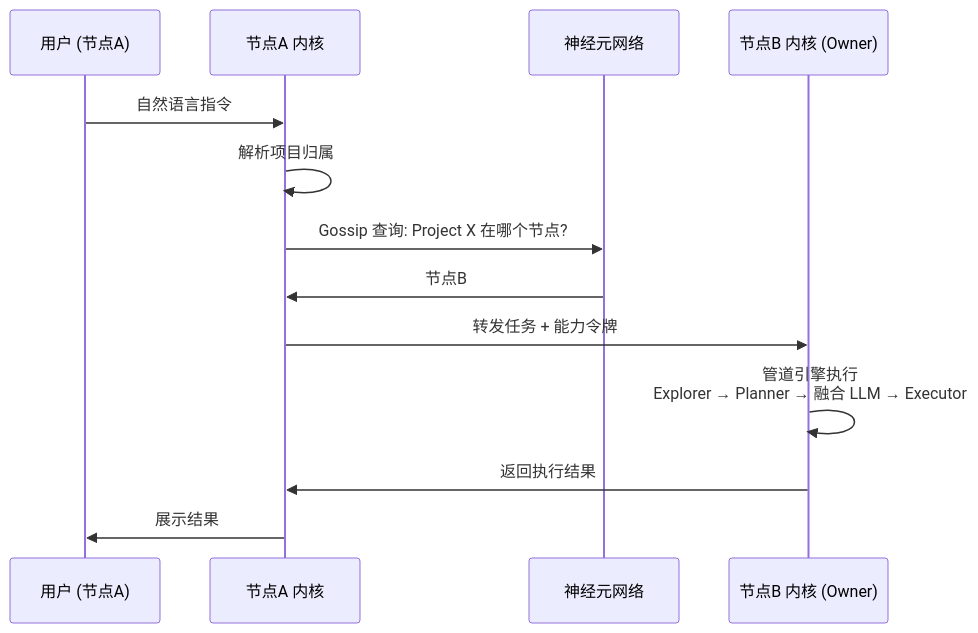
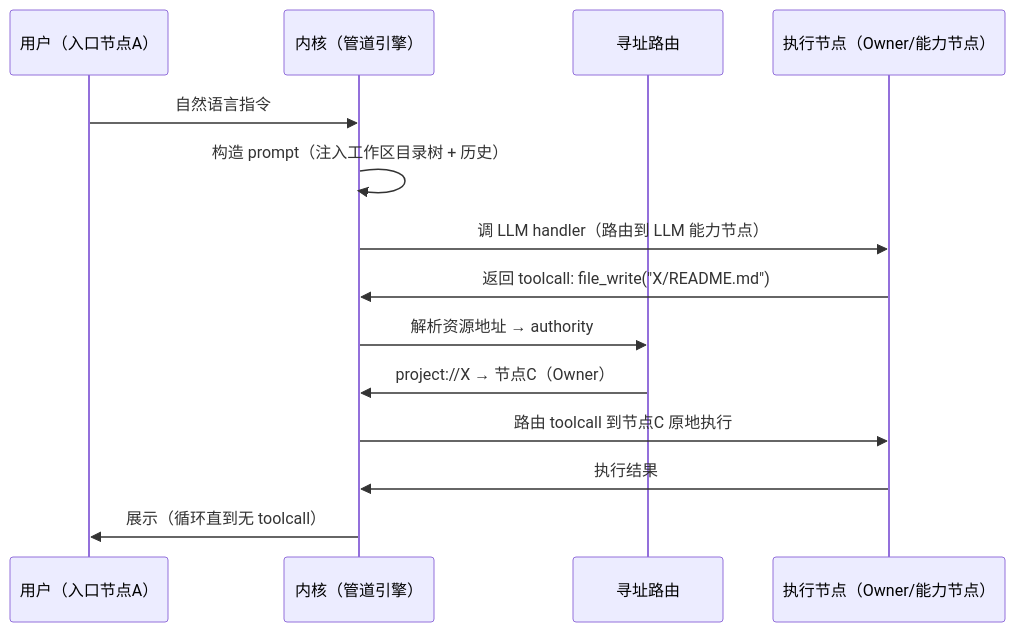
Before and after one commit to ChenXu233/neuralswarm-code: the second of 2 diagrams in docs/白皮书.md, drawn with Mermaid. The commit also changed other lines of this file and 4 other files, not shown here.

First line of the commit message:
📝 docs: rewrite architecture docs to v2.0 decentralized design

````diff
--- a/docs/白皮书.md
+++ b/docs/白皮书.md
@@ -139,16 +105,16 @@
 ```mermaid
 sequenceDiagram
-    participant U as 用户 (节点A)
-    participant KA as 节点A 内核
-    participant Net as 神经元网络
-    participant KB as 节点B 内核 (Owner)
-
-    U->>KA: 自然语言指令
-    KA->>KA: 解析项目归属
-    KA->>Net: Gossip 查询: Project X 在哪个节点?
-    Net->>KA: 节点B
-    KA->>KB: 转发任务 + 能力令牌
-    KB->>KB: 管道引擎执行<br/>Explorer → Planner → 融合 LLM → Executor
-    KB->>KA: 返回执行结果
-    KA->>U: 展示结果
+    participant U as 用户（入口节点A）
+    participant K as 内核（管道引擎）
+    participant R as 寻址路由
+    participant O as 执行节点（Owner/能力节点）
+    U->>K: 自然语言指令
+    K->>K: 构造 prompt（注入工作区目录树 + 历史）
+    K->>O: 调 LLM handler（路由到 LLM 能力节点）
+    O->>K: 返回 toolcall: file_write("X/README.md")
+    K->>R: 解析资源地址 → authority
+    R->>K: project://X → 节点C（Owner）
+    K->>O: 路由 toolcall 到节点C 原地执行
+    O->>K: 执行结果
+    K->>U: 展示（循环直到无 toolcall）
 ```
````
